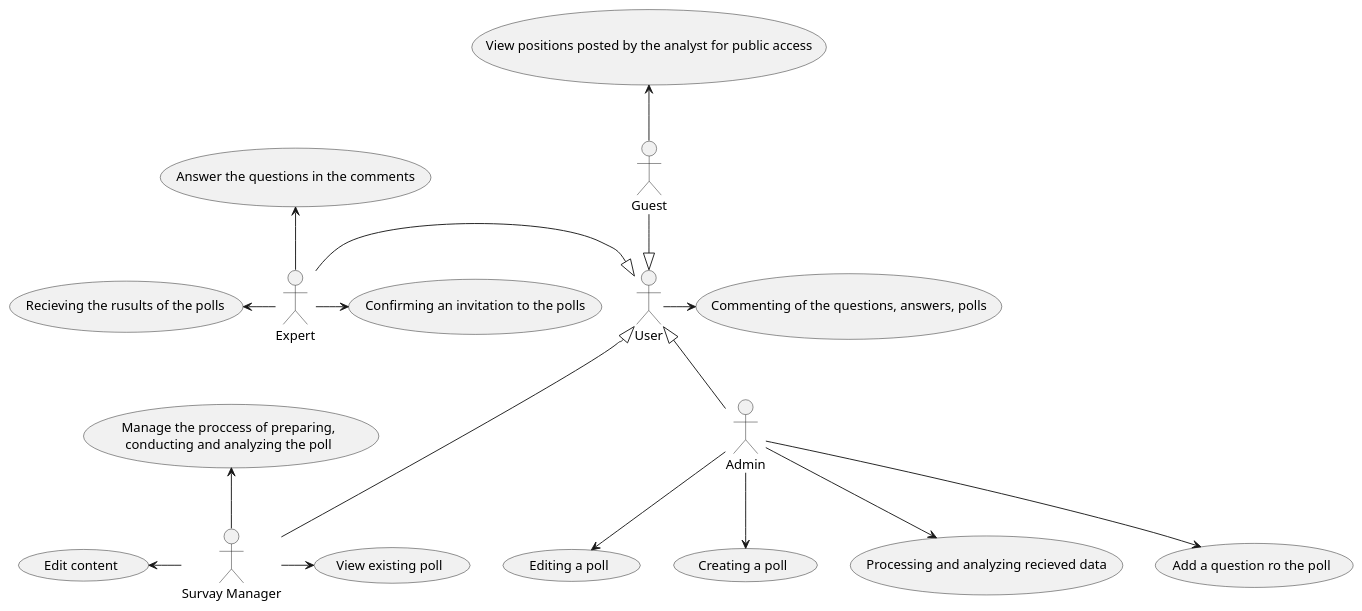
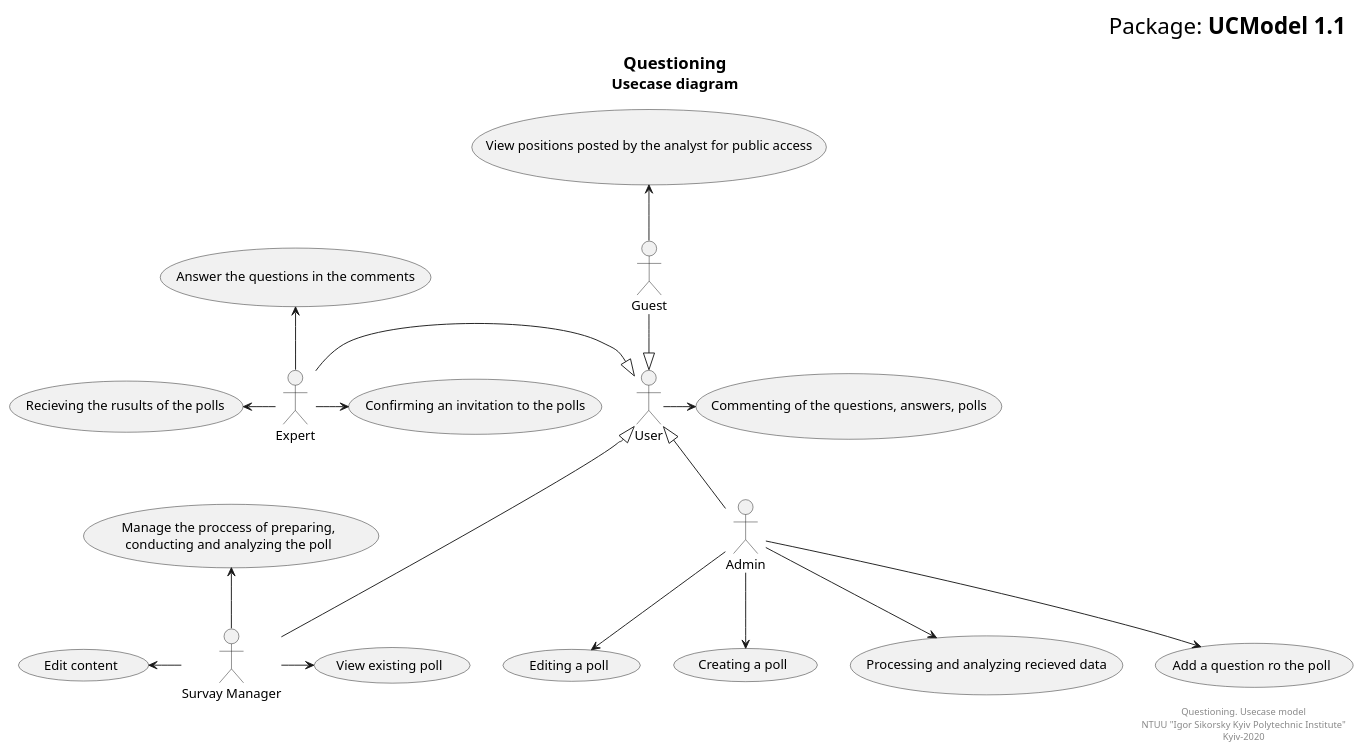
Before and after one commit to teramont/databaseQuestioning: the diagram in Information/Diagrams/usecasemodel/main.pu, drawn with PlantUML.

```diff
--- a/Information/Diagrams/usecasemodel/main.pu
+++ b/Information/Diagrams/usecasemodel/main.pu
@@ -1,53 +1,67 @@
 @startuml
+right header
+<font size=24 color=black>Package: <b>UCModel 1.1
+end header
+
+title
+<font size=18 color=black>Questioning
+<font size=16 color=black>Usecase diagram
+end title
+
+
  actor Admin
  actor Guest
  actor User
  actor Expert
  actor "Survay Manager" as SM
  
  usecase "Editing a poll" as UC1
  usecase "Creating a poll" as UC2
  usecase "Processing and analyzing recieved data" as UC3
  usecase "Add a question ro the poll" as UC4
  
  
  usecase "Commenting of the questions, answers, polls" as UC5
  usecase "View positions posted by the analyst for public access" as UC6
 
  usecase "Manage the proccess of preparing,\nconducting and analyzing the poll" as UC7
  usecase "Edit content" as UC8
  usecase "View existing poll" as UC9
  
  usecase "Confirming an invitation to the polls" as UC10
  usecase "Recieving the rusults of the polls" as UC11
  usecase "Answer the questions in the comments" as UC12
  
  'Usecases for Admin
  Admin --> UC1
  Admin --> UC2
  Admin --> UC3
  Admin --> UC4
  Admin -up-|> User
  
  'Usecases for User
  User -right->UC5
 
  
  'Usecases for Guest
  Guest -up->UC6
  Guest --|> User
  
  'Usecases for Survay Manager
  SM -up->UC7
  SM -left->UC8
  SM ->UC9
  SM -u--|>User
  
  'Usecases for Expert
  Expert ->UC10
  Expert -left->UC11
  Expert -up->UC12
  Expert -|>User
  
- 
+ right footer
+ Questioning. Usecase model
+ NTUU "Igor Sikorsky Kyiv Polytechnic Institute"
+ Kyiv-2020
+ end footer
  @enduml
```
